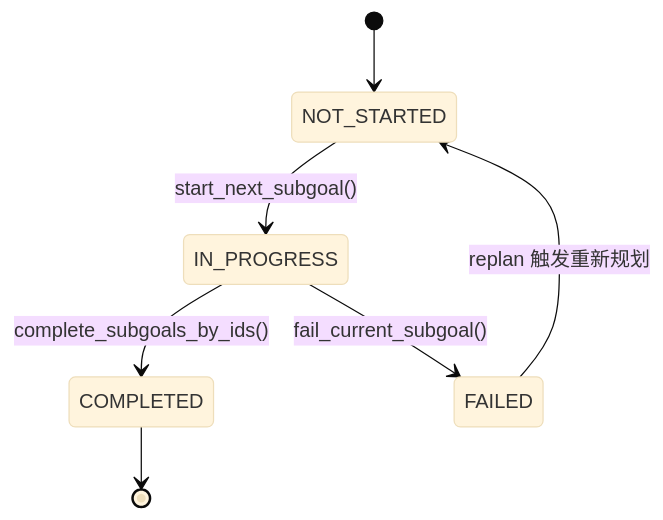
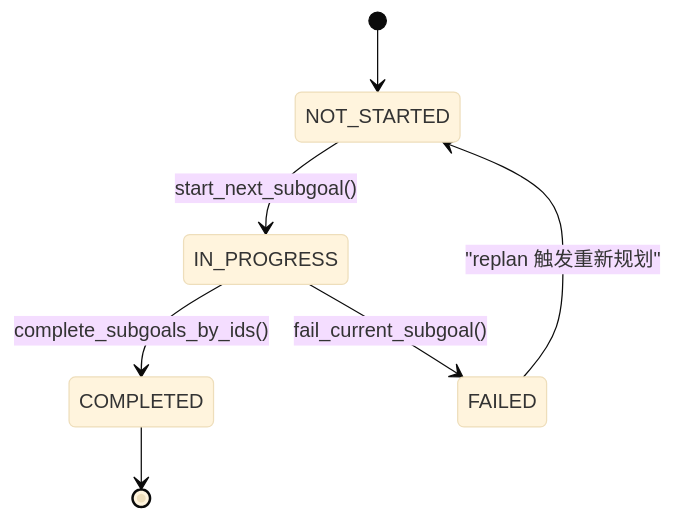
Before and after one commit to xinetzone/SpecWeave: the third of 4 diagrams in docs/knowledge/learning/03-agent-platforms-tools/mobile-use-deep-learning-analysis.md, drawn with Mermaid (base theme). The commit also changed other lines of this file and 75 other files, not shown here.

First line of the commit message:
fix(mermaid): 自动修复docs目录下67处Mermaid语法错误并更新私密报告引用路径

````diff
--- a/docs/knowledge/learning/03-agent-platforms-tools/mobile-use-deep-learning-analysis.md
+++ b/docs/knowledge/learning/03-agent-platforms-tools/mobile-use-deep-learning-analysis.md
@@ -377,9 +367,9 @@
 ```mermaid
 stateDiagram-v2
     [*] --> NOT_STARTED
     NOT_STARTED --> IN_PROGRESS: start_next_subgoal()
     IN_PROGRESS --> COMPLETED: complete_subgoals_by_ids()
     IN_PROGRESS --> FAILED: fail_current_subgoal()
     COMPLETED --> [*]
-    FAILED --> NOT_STARTED: replan 触发重新规划
+    FAILED --> NOT_STARTED: "replan 触发重新规划"
 ```
````
